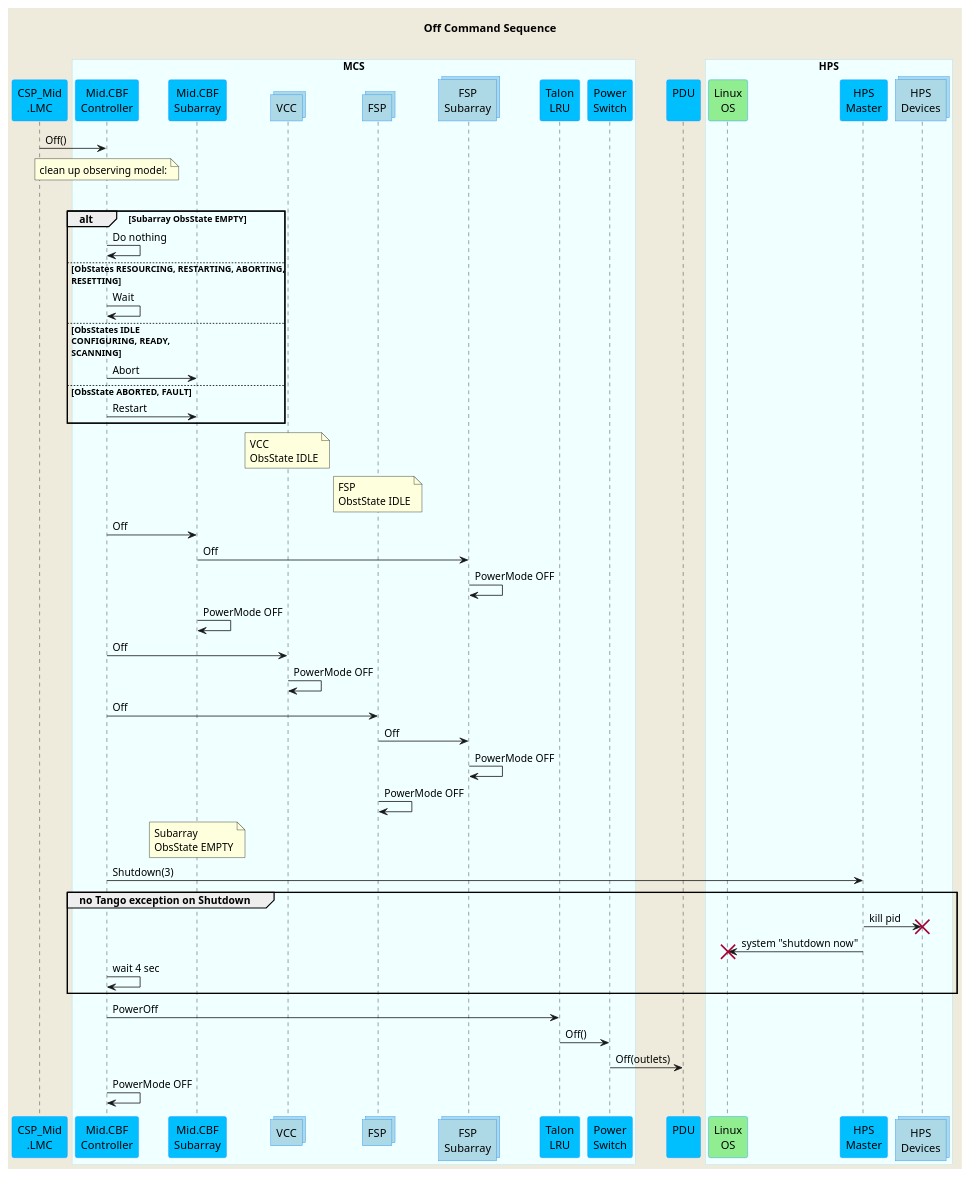
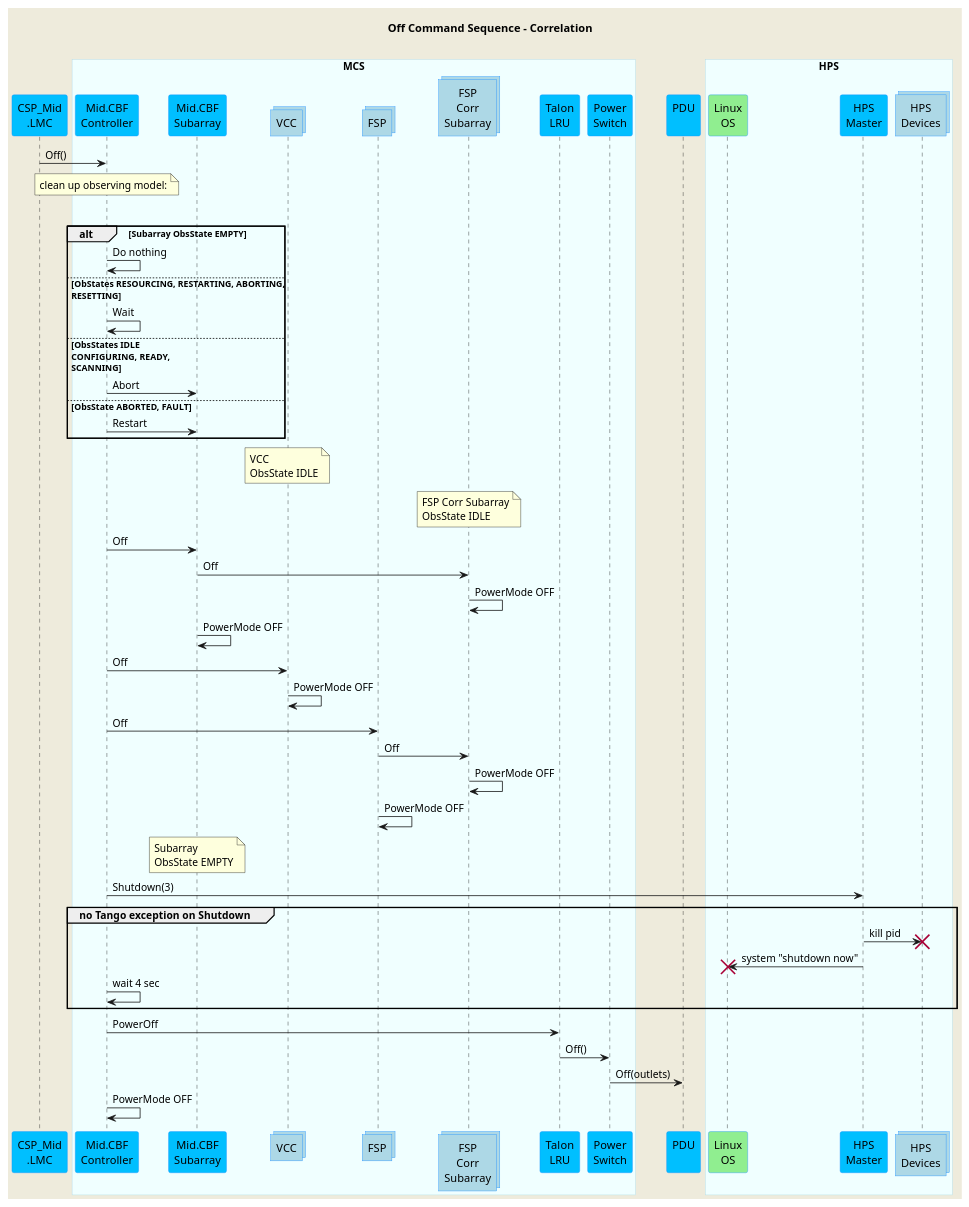
The diagram in docs/src/diagrams/off-command-sequence.puml (ska-telescope/mid-cbf-mcs), drawn with PlantUML before and after one commit.

Commit message:
CIP-1673 Correct Off sequence diagram

```diff
--- a/docs/src/diagrams/off-command-sequence.puml
+++ b/docs/src/diagrams/off-command-sequence.puml
@@ -1,77 +1,77 @@
 @startuml
 'https://plantuml.com/sequence-diagram
 skinparam backgroundColor #EEEBDC
 skinparam sequence {
 ParticipantBorderColor DodgerBlue
 ParticipantBackgroundColor DeepSkyBlue
 ActorBorderColor DarkGreen
 ActorBackgroundColor Green
 BoxBorderColor LightBlue
 BoxBackgroundColor #F0FFFF
 }
 skinparam collections {
   BackGroundColor LightBlue
   BorderColor DodgerBlue
 }
 skinparam database {
   BackgroundColor LightGreen
   BorderColor DarkGreen
 }
-title Off Command Sequence\n
+title Off Command Sequence - Correlation\n
 participant "CSP_Mid\n.LMC" as lmc
 box "MCS"
 participant "Mid.CBF\nController" as controller
 participant "Mid.CBF\nSubarray" as subarray
 collections "VCC" as vcc
 collections "FSP" as fsp
-collections "FSP\nSubarray" as fspsubarray
+collections "FSP\nCorr\nSubarray" as fspsubarray
 participant "Talon\nLRU" as lru
 participant "Power\nSwitch" as switch
 end box
 participant "PDU\n" as pdu
 box "HPS"
 participant "Linux\nOS" as os #LightGreen
 participant "HPS\nMaster" as hpsmaster
 collections "HPS\nDevices" as hpsdevices
 end box
 lmc        ->  controller    : Off()
 
 note over controller         : clean up observing model:
 
 loop until Subarray ObsState EMPTY or time exceeded
 alt Subarray ObsState EMPTY
 controller -> controller : Do nothing
 else ObStates RESOURCING, RESTARTING, ABORTING,\nRESETTING
 controller -> controller : Wait
 else ObsStates IDLE\nCONFIGURING, READY,\nSCANNING
 controller -> subarray   : Abort
 else ObsState ABORTED, FAULT
 controller -> subarray   : Restart
 end loop
 note over vcc            : VCC\nObsState IDLE
-note over fsp            : FSP\nObstState IDLE
+note over fspsubarray    : FSP Corr Subarray\nObsState IDLE
 
 controller ->  subarray      : Off
 subarray   ->  fspsubarray   : Off
 fspsubarray->  fspsubarray   : PowerMode OFF
 subarray   ->  subarray      : PowerMode OFF
 controller ->  vcc           : Off
 vcc        ->  vcc           : PowerMode OFF
 controller ->  fsp           : Off
 fsp        ->  fspsubarray   : Off
 fspsubarray->  fspsubarray   : PowerMode OFF
 fsp        ->  fsp           : PowerMode OFF
 
 note over subarray       : Subarray\nObsState EMPTY
 controller ->  hpsmaster     : Shutdown(3)
 group no Tango exception on Shutdown
 hpsmaster  ->  hpsdevices !! : kill pid
 hpsmaster  ->  os !!         : system "shutdown now"
 controller ->  controller    : wait 4 sec
 end group
 controller ->  lru           : PowerOff
 lru        ->  switch        : Off()
 switch     ->  pdu           : Off(outlets)
 
 controller ->  controller    : PowerMode OFF
 @enduml
```
